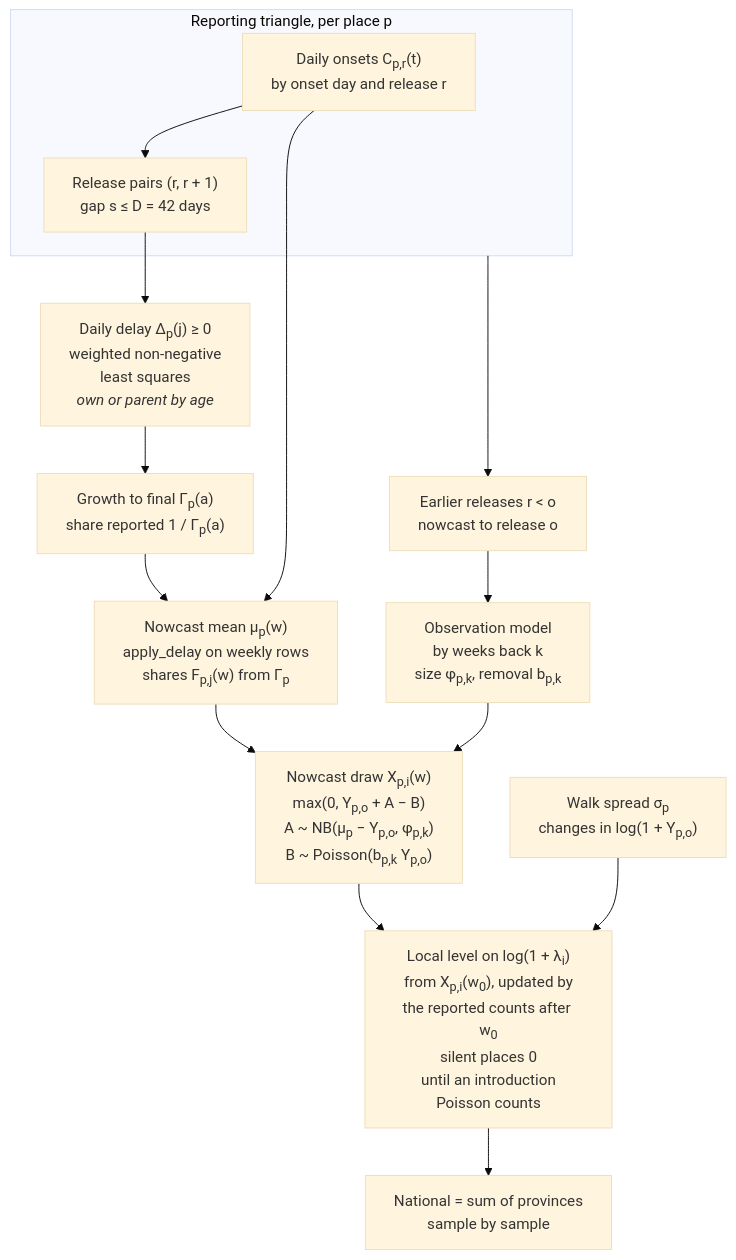
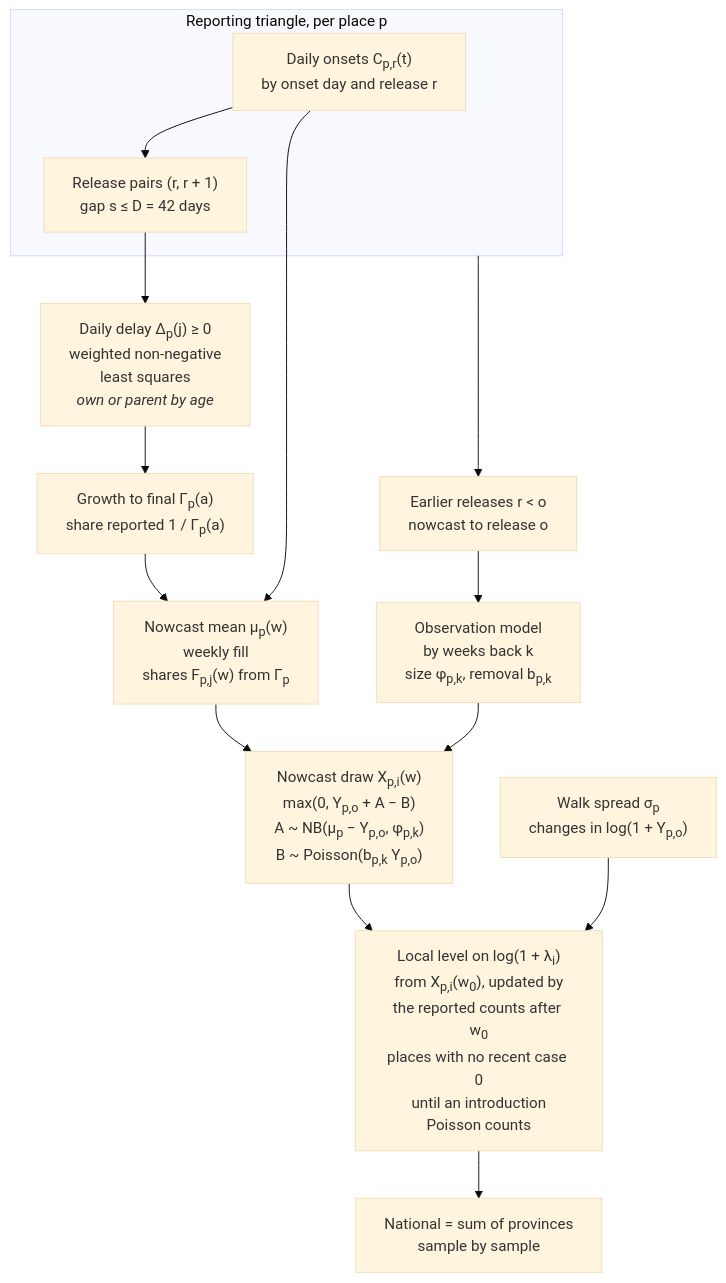
The first of 2 diagrams in docs/methods/baselines.md (seabbs/BDBVHubRenewal), drawn with Mermaid (base theme) before and after one commit. The commit also changed other lines of this file and 2 other files, not shown here.

````diff
--- a/docs/methods/baselines.md
+++ b/docs/methods/baselines.md
@@ -16,29 +16,29 @@
 ```mermaid
 flowchart TD
     subgraph TRI["Reporting triangle, per place p"]
         SNAP["Daily onsets C<sub>p,r</sub>(t)<br/>by onset day and release r"]
         PAIR["Release pairs (r, r + 1)<br/>gap s ≤ D = 42 days"]
     end
     DEL["Daily delay Δ<sub>p</sub>(j) ≥ 0<br/>weighted non-negative<br/>least squares<br/><i>own or parent by age</i>"]
     G["Growth to final Γ<sub>p</sub>(a)<br/>share reported 1 / Γ<sub>p</sub>(a)"]
-    MU["Nowcast mean μ<sub>p</sub>(w)<br/>apply_delay on weekly rows<br/>shares F<sub>p,j</sub>(w) from Γ<sub>p</sub>"]
+    MU["Nowcast mean μ<sub>p</sub>(w)<br/>weekly fill<br/>shares F<sub>p,j</sub>(w) from Γ<sub>p</sub>"]
     RETRO["Earlier releases r &lt; o<br/>nowcast to release o"]
     OBS["Observation model<br/>by weeks back k<br/>size φ<sub>p,k</sub>, removal b<sub>p,k</sub>"]
     X["Nowcast draw X<sub>p,i</sub>(w)<br/>max(0, Y<sub>p,o</sub> + A − B)<br/>A ~ NB(μ<sub>p</sub> − Y<sub>p,o</sub>, φ<sub>p,k</sub>)<br/>B ~ Poisson(b<sub>p,k</sub> Y<sub>p,o</sub>)"]
     SIG["Walk spread σ<sub>p</sub><br/>changes in log(1 + Y<sub>p,o</sub>)"]
-    W["Local level on log(1 + λ<sub>i</sub>)<br/>from X<sub>p,i</sub>(w<sub>0</sub>), updated by<br/>the reported counts after w<sub>0</sub><br/>silent places 0<br/>until an introduction<br/>Poisson counts"]
+    W["Local level on log(1 + λ<sub>i</sub>)<br/>from X<sub>p,i</sub>(w<sub>0</sub>), updated by<br/>the reported counts after w<sub>0</sub><br/>places with no recent case 0<br/>until an introduction<br/>Poisson counts"]
     NAT["National = sum of provinces<br/>sample by sample"]
 
     SNAP --> PAIR
     PAIR --> DEL
     DEL --> G
     G --> MU
     SNAP --> MU
     TRI --> RETRO
     RETRO --> OBS
     MU --> X
     OBS --> X
     X --> W
     SIG --> W
     W --> NAT
 ```
````
